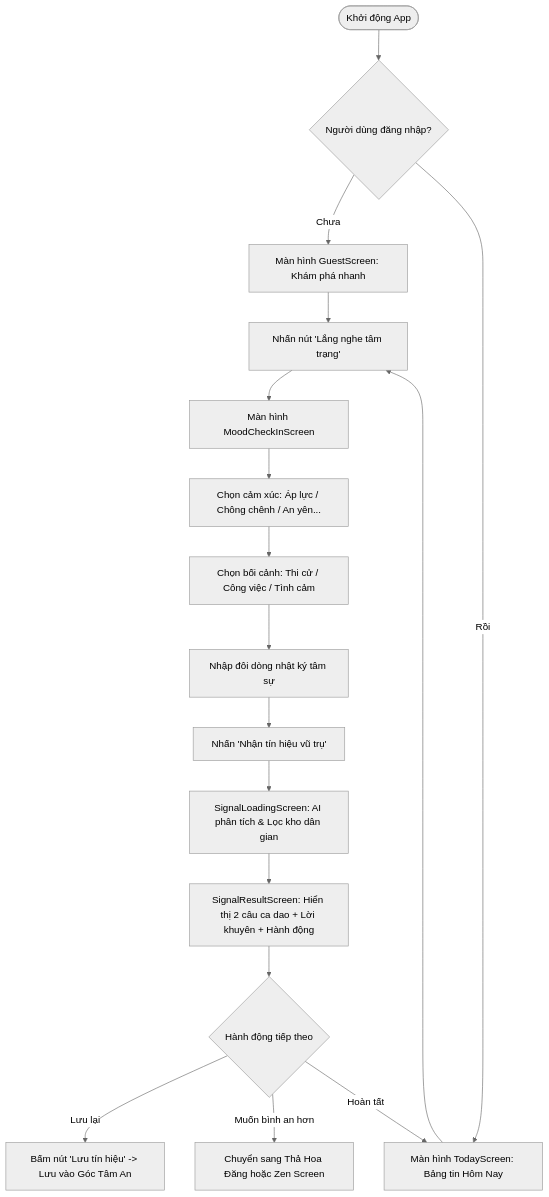
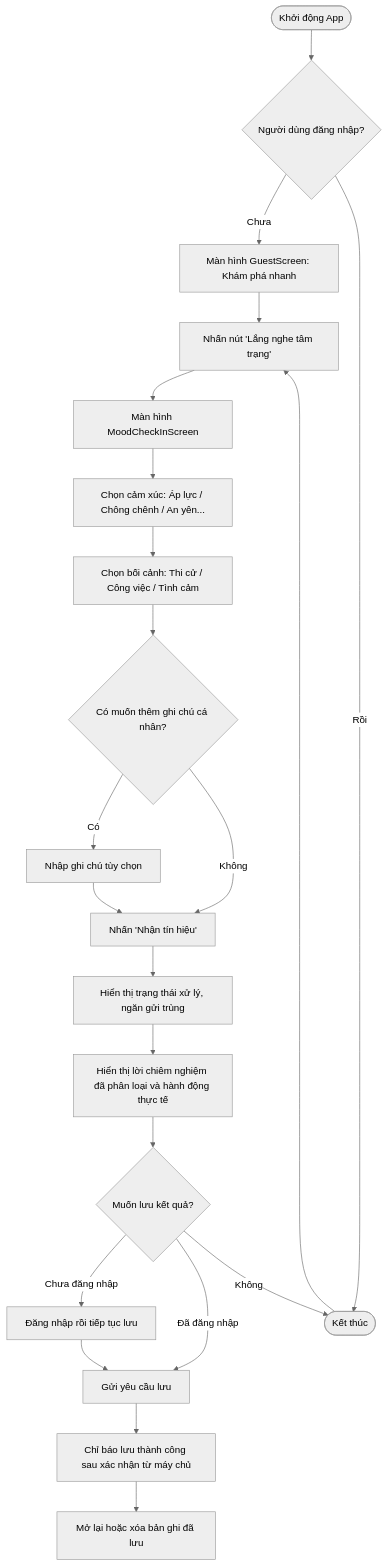
Before and after one commit to Truonghd2202/Cung_kieng_online: the first of 6 diagrams in Tin-Lam-Tam-Linh-Requirements-Tong-Hop.md, drawn with Mermaid (neutral theme). The commit also changed other lines of this file and 182 other files, not shown here.

````diff
--- a/Tin-Lam-Tam-Linh-Requirements-Tong-Hop.md
+++ b/Tin-Lam-Tam-Linh-Requirements-Tong-Hop.md
@@ -479,23 +492,26 @@
 ```mermaid
 flowchart TD
     Start([Khởi động App]) --> CheckAuth{Người dùng đăng nhập?}
     CheckAuth -- Chưa --> Guest[Màn hình GuestScreen: Khám phá nhanh]
     CheckAuth -- Rồi --> Today[Màn hình TodayScreen: Bảng tin Hôm Nay]
     
     Guest --> ClickMood[Nhấn nút 'Lắng nghe tâm trạng']
     Today --> ClickMood
     
     ClickMood --> MoodScreen[Màn hình MoodCheckInScreen]
     MoodScreen --> SelectMood[Chọn cảm xúc: Áp lực / Chông chênh / An yên...]
     SelectMood --> SelectContext[Chọn bối cảnh: Thi cử / Công việc / Tình cảm]
-    SelectContext --> InputNote[Nhập đôi dòng nhật ký tâm sự]
-    
-    InputNote --> ClickSend[Nhấn 'Nhận tín hiệu vũ trụ']
-    ClickSend --> Loading[SignalLoadingScreen: AI phân tích & Lọc kho dân gian]
-    
-    Loading --> Result[SignalResultScreen: Hiển thị 2 câu ca dao + Lời khuyên + Hành động]
-    Result --> ActionChoice{Hành động tiếp theo}
-    ActionChoice -- Lưu lại --> Save[Bấm nút 'Lưu tín hiệu' -> Lưu vào Góc Tâm An]
-    ActionChoice -- Muốn bình an hơn --> ZenFlow[Chuyển sang Thả Hoa Đăng hoặc Zen Screen]
-    ActionChoice -- Hoàn tất --> Today
+    SelectContext --> InputNote{Có muốn thêm ghi chú cá nhân?}
+    InputNote -- Có --> AddNote[Nhập ghi chú tùy chọn]
+    InputNote -- Không --> ClickSend[Nhấn 'Nhận tín hiệu']
+    AddNote --> ClickSend
+    ClickSend --> Loading[Hiển thị trạng thái xử lý, ngăn gửi trùng]
+    Loading --> Result[Hiển thị lời chiêm nghiệm đã phân loại và hành động thực tế]
+    Result --> SaveChoice{Muốn lưu kết quả?}
+    SaveChoice -- Chưa đăng nhập --> Login[Đăng nhập rồi tiếp tục lưu]
+    SaveChoice -- Đã đăng nhập --> Save[Gửi yêu cầu lưu]
+    Login --> Save
+    Save --> Confirm[Chỉ báo lưu thành công sau xác nhận từ máy chủ]
+    Confirm --> Saved[Mở lại hoặc xóa bản ghi đã lưu]
+    SaveChoice -- Không --> Today([Kết thúc])
 ```
````
